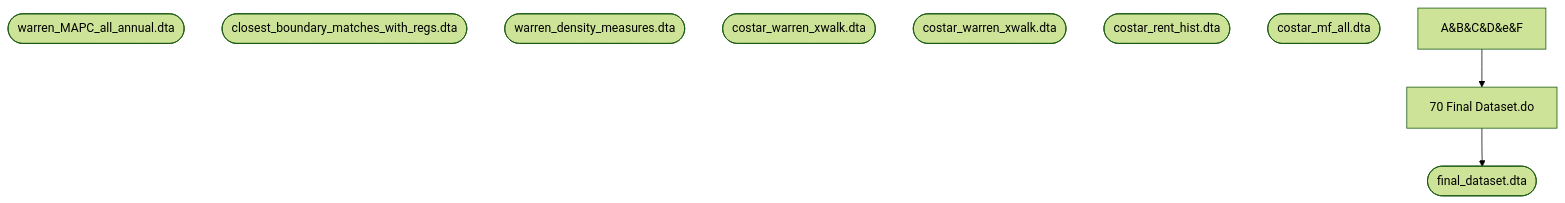
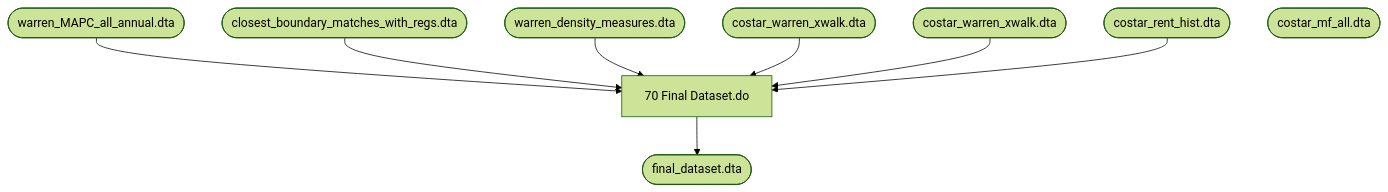
The sixth of 6 diagrams in code/data_setup/README.md (nchiumenti/boston_zoning), drawn with Mermaid (forest theme) before and after one commit.

````diff
--- a/code/data_setup/README.md
+++ b/code/data_setup/README.md
@@ -124,14 +124,14 @@
 ```mermaid
 flowchart TD
 A([warren_MAPC_all_annual.dta])
 B([closest_boundary_matches_with_regs.dta])
 C([warren_density_measures.dta])
 D([costar_warren_xwalk.dta])
 E([costar_warren_xwalk.dta])
 F([costar_rent_hist.dta])
 G([costar_mf_all.dta])
 H[70 Final Dataset.do]
 I([final_dataset.dta])
 
-A&B&C&D&e&F-->H-->I
+A & B & C & D & E & F --> H --> I
 ```
````
